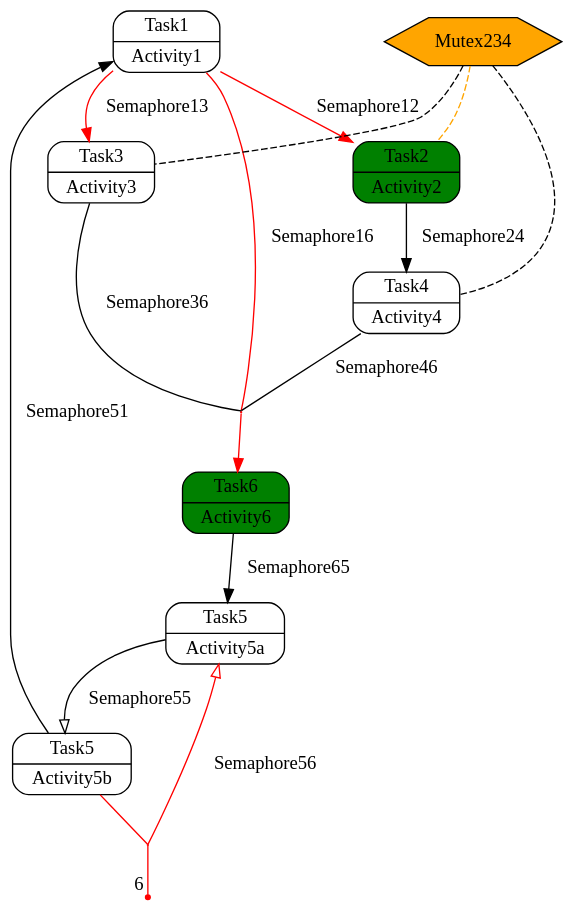
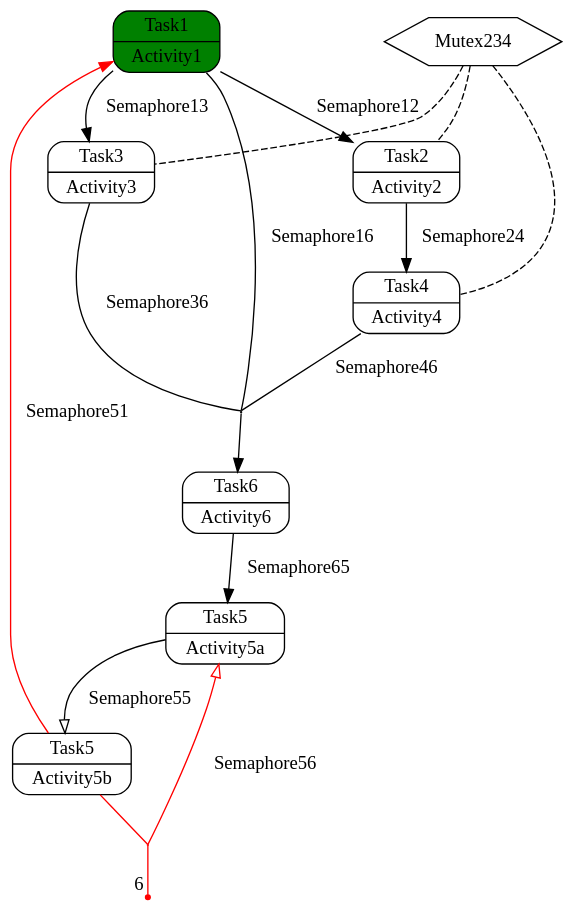
One commit to AdrianW424/Echtzeitsysteme_Projekt changed the diagram in src/Digraph.gv. Above: the diagram before and after it, drawn with Graphviz. The commit also changed 5 other files, not shown here.

```diff
--- a/src/Digraph.gv
+++ b/src/Digraph.gv
@@ -1,33 +1,33 @@
 // Flowchart
 digraph {
 	graph [bgcolor=transparent]
 	size="10,10"
-	Activity1 [label="{Task1|Activity1}" color=black fillcolor=transparent fontcolor=black shape=record style="rounded,filled"]
-	Activity2 [label="{Task2|Activity2}" color=black fillcolor=green fontcolor=black shape=record style="rounded,filled"]
+	Activity1 [label="{Task1|Activity1}" color=black fillcolor=green fontcolor=black shape=record style="rounded,filled"]
+	Activity2 [label="{Task2|Activity2}" color=black fillcolor=transparent fontcolor=black shape=record style="rounded,filled"]
 	Activity3 [label="{Task3|Activity3}" color=black fillcolor=transparent fontcolor=black shape=record style="rounded,filled"]
 	Activity4 [label="{Task4|Activity4}" color=black fillcolor=transparent fontcolor=black shape=record style="rounded,filled"]
 	Activity5 [label="{Task5|Activity5a}" color=black fillcolor=transparent fontcolor=black shape=record style="rounded,filled"]
 	Activity7 [label="{Task5|Activity5b}" color=black fillcolor=transparent fontcolor=black shape=record style="rounded,filled"]
-	Activity6 [label="{Task6|Activity6}" color=black fillcolor=green fontcolor=black shape=record style="rounded,filled"]
-	Mutex234 [label=Mutex234 color=black fillcolor=orange fontcolor=black shape=polygon sides=6 style=filled]
-	Mutex234 -> Activity2 [arrowhead=none color=orange splines=polyline style=dashed]
+	Activity6 [label="{Task6|Activity6}" color=black fillcolor=transparent fontcolor=black shape=record style="rounded,filled"]
+	Mutex234 [label=Mutex234 color=black fillcolor=transparent fontcolor=black shape=polygon sides=6 style=filled]
+	Mutex234 -> Activity2 [arrowhead=none color=black splines=polyline style=dashed]
 	Mutex234 -> Activity3 [arrowhead=none color=black splines=polyline style=dashed]
 	Mutex234 -> Activity4 [arrowhead=none color=black splines=polyline style=dashed]
-	Activity1 -> Activity2 [label=Semaphore12 color=red fontcolor=black splines=polyline]
-	Activity1 -> Activity3 [label=Semaphore13 color=red fontcolor=black splines=polyline]
-	Dummy0 [color=red height=0.01 shape=point width=0.01]
-	Activity1 -> Dummy0 [label=Semaphore16 arrowhead=none color=red fontcolor=black splines=polyline]
+	Activity1 -> Activity2 [label=Semaphore12 color=black fontcolor=black splines=polyline]
+	Activity1 -> Activity3 [label=Semaphore13 color=black fontcolor=black splines=polyline]
+	Dummy0 [color=black height=0.01 shape=point width=0.01]
+	Activity1 -> Dummy0 [label=Semaphore16 arrowhead=none color=black fontcolor=black splines=polyline]
 	Activity3 -> Dummy0 [label=Semaphore36 arrowhead=none color=black fontcolor=black splines=polyline]
 	Activity4 -> Dummy0 [label=Semaphore46 arrowhead=none color=black fontcolor=black splines=polyline]
-	Dummy0 [color=red height=0.01 shape=point width=0.01]
-	Dummy0 -> Activity6 [arrowhead=normal color=red splines=polyline]
+	Dummy0 [color=black height=0.01 shape=point width=0.01]
+	Dummy0 -> Activity6 [arrowhead=normal color=black splines=polyline]
 	Activity2 -> Activity4 [label=Semaphore24 color=black fontcolor=black splines=polyline]
 	Activity5 -> Activity7 [label=Semaphore55 arrowhead=onormal color=black fontcolor=black splines=polyline]
-	Activity7 -> Activity1 [label=Semaphore51 color=black fontcolor=black splines=polyline]
+	Activity7 -> Activity1 [label=Semaphore51 color=red fontcolor=black splines=polyline]
 	Dummy1 [color=red height=0.01 shape=point width=0.01]
 	Activity7 -> Dummy1 [arrowhead=none color=red splines=polyline]
 	Dummy1 -> Activity5 [label=Semaphore56 arrowhead=onormal color=red fontcolor=black splines=polyline]
 	Dummy2 [color=red fontcolor=black shape=point xlabel=6]
 	Dummy1 -> Dummy2 [arrowhead=none color=red splines=polyline]
 	Activity6 -> Activity5 [label=Semaphore65 color=black fontcolor=black splines=polyline]
 }
```
